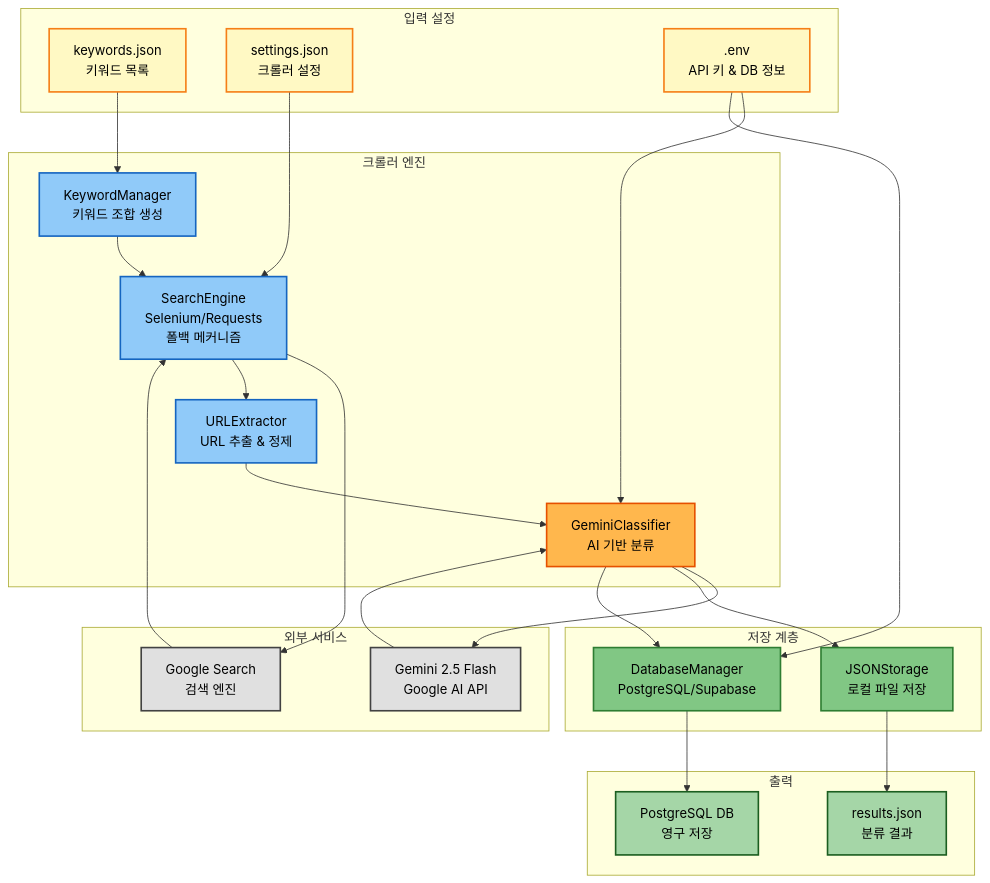
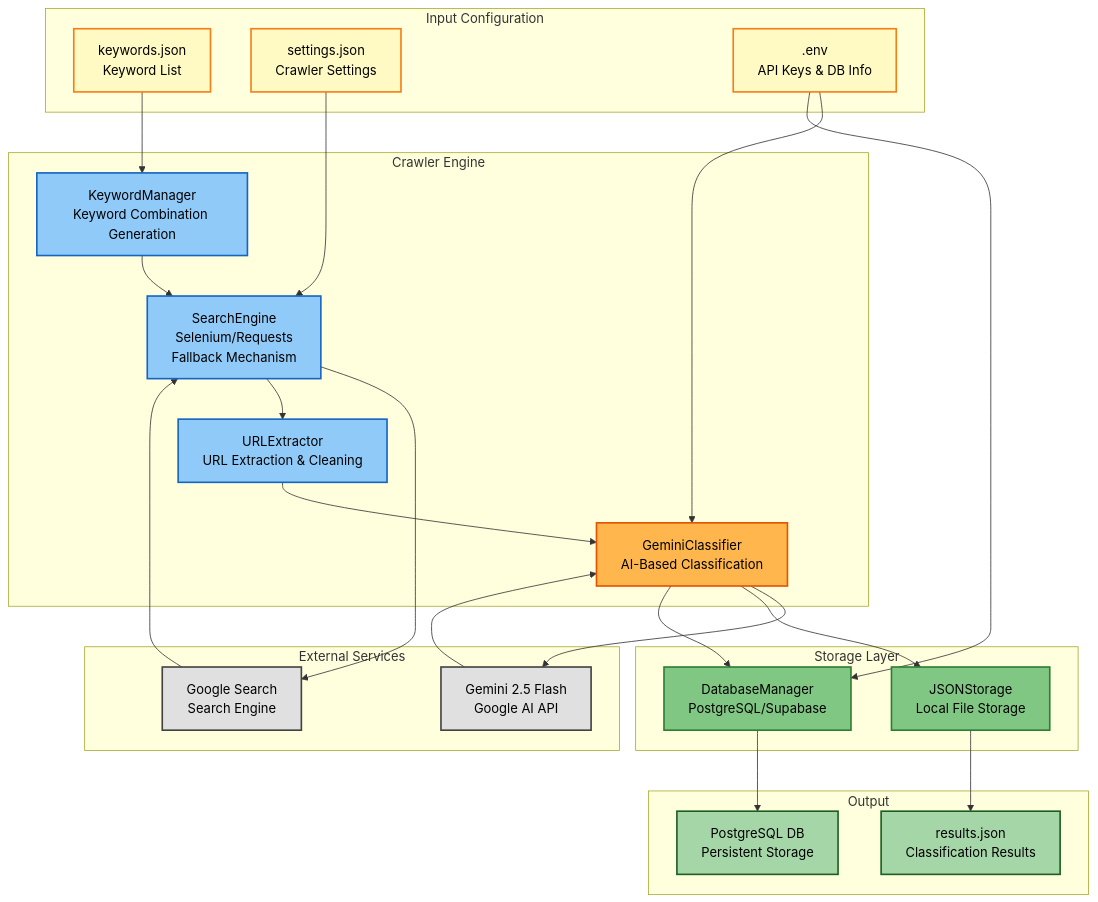
Before and after one commit to topKimRyan/isif-2026: the first of 3 diagrams in ARCHITECTURE.md, drawn with Mermaid. The commit also changed other lines of this file and 33 other files, not shown here.

````diff
--- a/ARCHITECTURE.md
+++ b/ARCHITECTURE.md
@@ -120,62 +120,62 @@
 ```mermaid
 graph TB
-    subgraph "입력 설정"
-        A[keywords.json<br/>키워드 목록]
-        B[settings.json<br/>크롤러 설정]
-        C[.env<br/>API 키 & DB 정보]
+    subgraph "Input Configuration"
+        A[keywords.json<br/>Keyword List]
+        B[settings.json<br/>Crawler Settings]
+        C[.env<br/>API Keys & DB Info]
     end
     
-    subgraph "크롤러 엔진"
-        D[KeywordManager<br/>키워드 조합 생성]
-        E[SearchEngine<br/>Selenium/Requests<br/>폴백 메커니즘]
-        F[URLExtractor<br/>URL 추출 & 정제]
-        G[GeminiClassifier<br/>AI 기반 분류]
+    subgraph "Crawler Engine"
+        D[KeywordManager<br/>Keyword Combination Generation]
+        E[SearchEngine<br/>Selenium/Requests<br/>Fallback Mechanism]
+        F[URLExtractor<br/>URL Extraction & Cleaning]
+        G[GeminiClassifier<br/>AI-Based Classification]
     end
     
-    subgraph "외부 서비스"
-        H[Google Search<br/>검색 엔진]
+    subgraph "External Services"
+        H[Google Search<br/>Search Engine]
         I[Gemini 2.5 Flash<br/>Google AI API]
     end
     
-    subgraph "저장 계층"
-        J[JSONStorage<br/>로컬 파일 저장]
+    subgraph "Storage Layer"
+        J[JSONStorage<br/>Local File Storage]
         K[DatabaseManager<br/>PostgreSQL/Supabase]
     end
     
-    subgraph "출력"
-        L[results.json<br/>분류 결과]
-        M[PostgreSQL DB<br/>영구 저장]
+    subgraph "Output"
+        L[results.json<br/>Classification Results]
+        M[PostgreSQL DB<br/>Persistent Storage]
     end
     
     A --> D
     B --> E
     C --> G
     C --> K
     
     D --> E
     E --> H
     H --> E
     E --> F
     F --> G
     G --> I
     I --> G
     
     G --> J
     G --> K
     J --> L
     K --> M
     
     style D fill:#90caf9,stroke:#1565c0,stroke-width:2px,color:#000
     style E fill:#90caf9,stroke:#1565c0,stroke-width:2px,color:#000
     style F fill:#90caf9,stroke:#1565c0,stroke-width:2px,color:#000
     style G fill:#ffb74d,stroke:#e65100,stroke-width:2px,color:#000
     style J fill:#81c784,stroke:#2e7d32,stroke-width:2px,color:#000
     style K fill:#81c784,stroke:#2e7d32,stroke-width:2px,color:#000
     style H fill:#e0e0e0,stroke:#424242,stroke-width:2px,color:#000
     style I fill:#e0e0e0,stroke:#424242,stroke-width:2px,color:#000
     style A fill:#fff9c4,stroke:#f57f17,stroke-width:2px,color:#000
     style B fill:#fff9c4,stroke:#f57f17,stroke-width:2px,color:#000
     style C fill:#fff9c4,stroke:#f57f17,stroke-width:2px,color:#000
     style L fill:#a5d6a7,stroke:#1b5e20,stroke-width:2px,color:#000
     style M fill:#a5d6a7,stroke:#1b5e20,stroke-width:2px,color:#000
 ```
````
